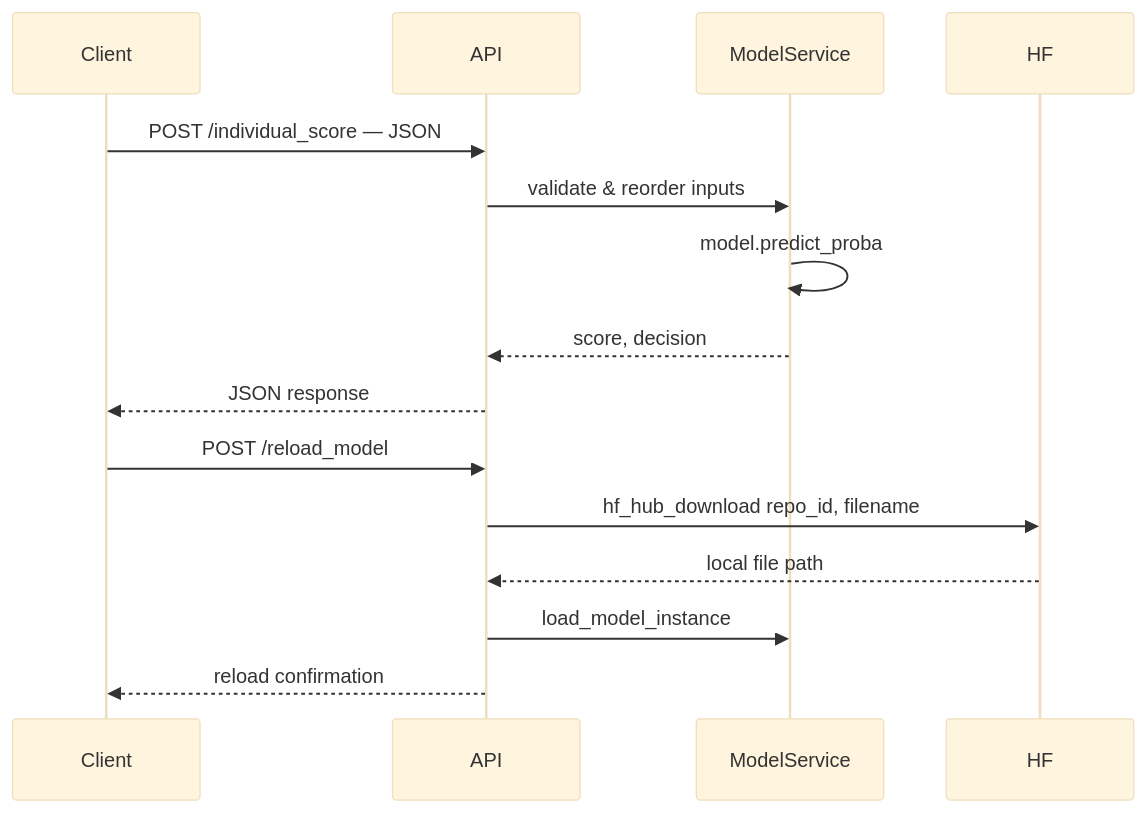
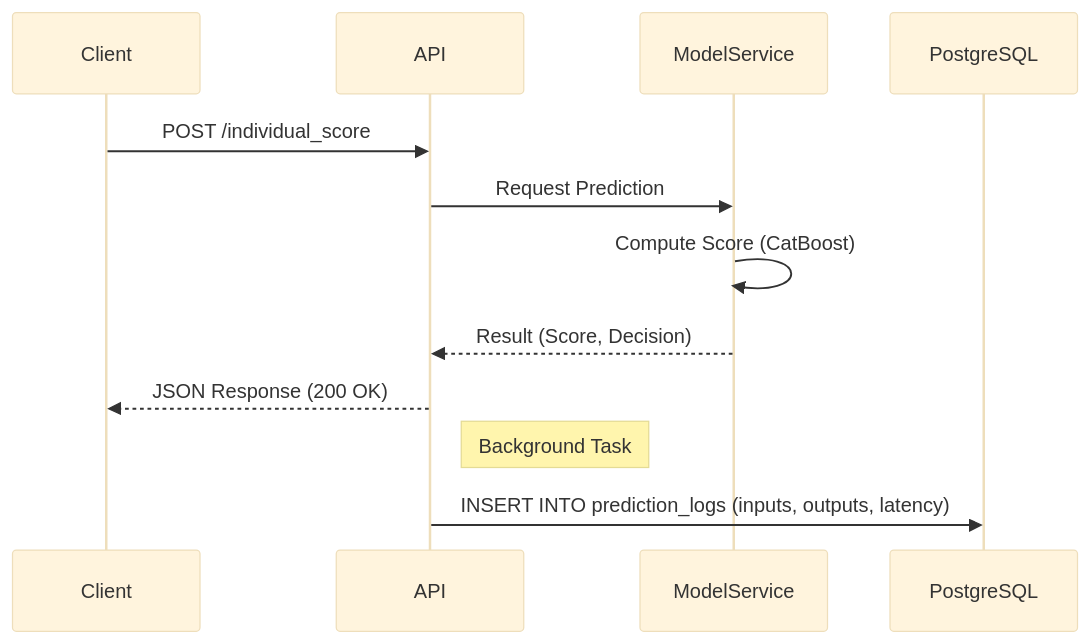
Before and after one commit to RandomFab/PRET_A_DEPENSER: the second of 2 diagrams in README.md, drawn with Mermaid (base theme). The commit also changed other lines of this file, not shown here.

````diff
--- a/README.md
+++ b/README.md
@@ -142,19 +164,16 @@
 ```mermaid
 sequenceDiagram
 	participant Client
 	participant API
 	participant ModelService
-	participant HF
+	participant DB as PostgreSQL
 
-	Client->>API: POST /individual_score — JSON
-	API->>ModelService: validate & reorder inputs
-	ModelService->>ModelService: model.predict_proba
-	ModelService-->>API: score, decision
-	API-->>Client: JSON response
-
-	Client->>API: POST /reload_model
-	API->>HF: hf_hub_download repo_id, filename
-	HF-->>API: local file path
-	API->>ModelService: load_model_instance
-	API-->>Client: reload confirmation
+	Client->>API: POST /individual_score
+	API->>ModelService: Request Prediction
+	ModelService->>ModelService: Compute Score (CatBoost)
+	ModelService-->>API: Result (Score, Decision)
+	API-->>Client: JSON Response (200 OK)
+	
+	Note right of API: Background Task
+	API->>DB: INSERT INTO prediction_logs (inputs, outputs, latency)
 ```
````
